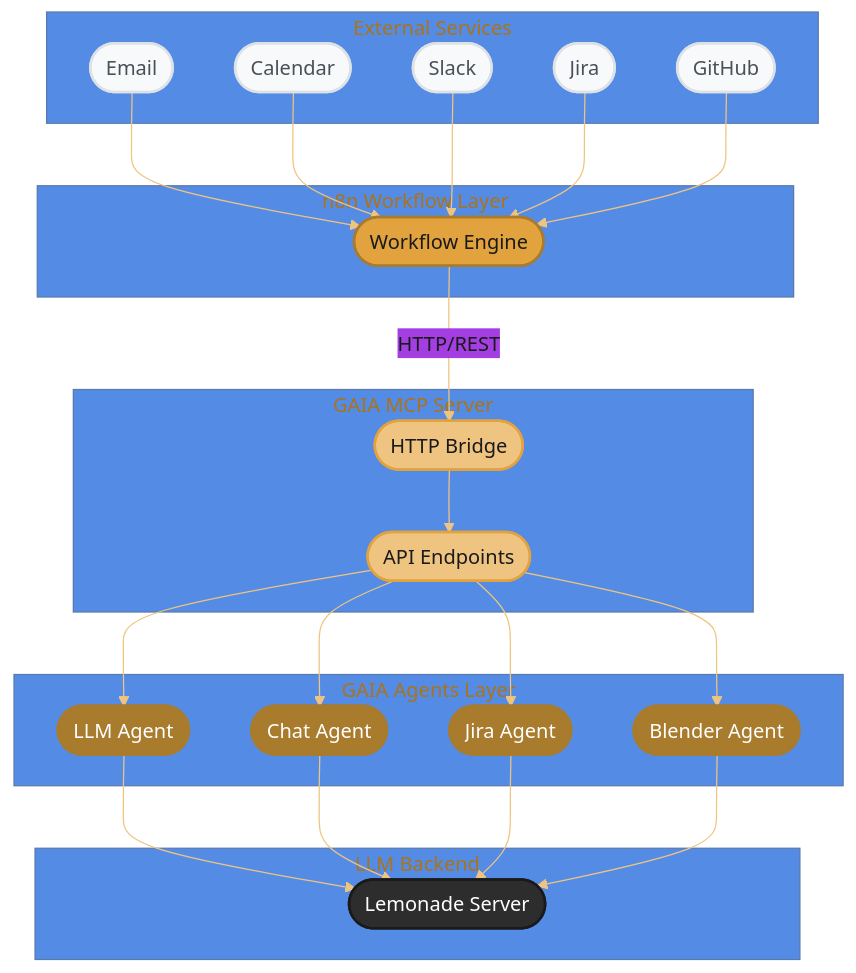
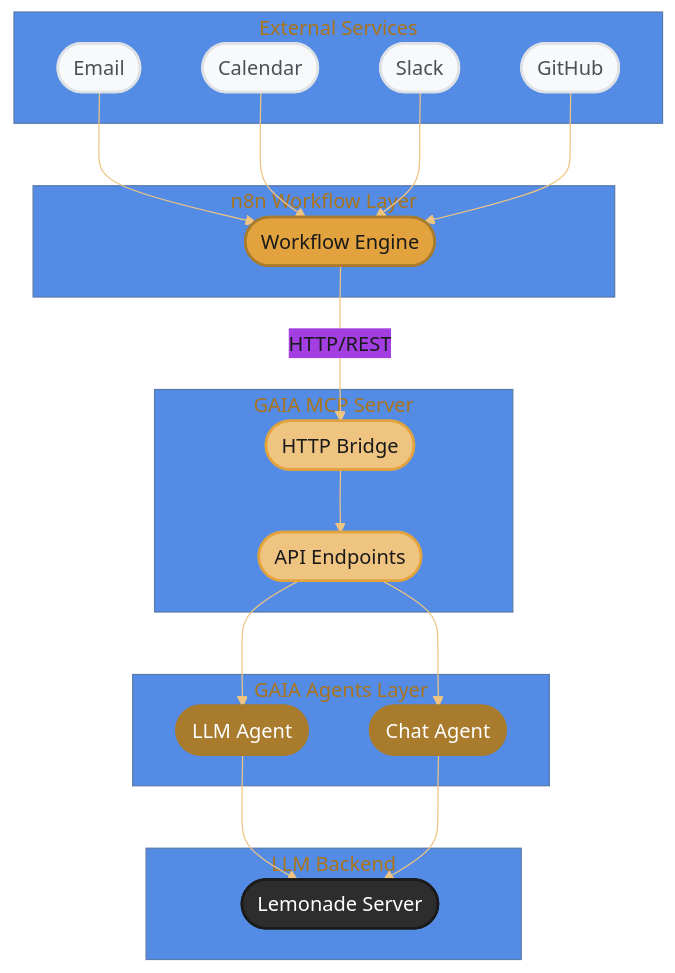
Before and after one commit to amd/gaia: the diagram in docs/integrations/n8n.mdx, drawn with Mermaid. The commit also changed other lines of this file and 383 other files, not shown here.

````diff
--- a/docs/integrations/n8n.mdx
+++ b/docs/integrations/n8n.mdx
@@ -23,67 +23,56 @@
 ```mermaid
 %%{init: {'theme':'base', 'themeVariables': { 'primaryColor':'#E2A33E', 'primaryTextColor':'#1a1a1a', 'primaryBorderColor':'#A87B2D', 'lineColor':'#EFC480', 'fontFamily': 'system-ui, -apple-system, sans-serif'}}}%%
 graph TB
     subgraph External["External Services"]
         Email(["Email"])
         Calendar(["Calendar"])
         Slack(["Slack"])
-        Jira(["Jira"])
         GitHub(["GitHub"])
     end
 
     subgraph N8N["n8n Workflow Layer"]
         Workflow(["Workflow Engine"])
     end
 
     subgraph MCP_Server["GAIA MCP Server"]
         MCP(["HTTP Bridge"])
         Endpoints(["API Endpoints"])
     end
 
     subgraph Agents["GAIA Agents Layer"]
         LLM(["LLM Agent"])
         Chat(["Chat Agent"])
-        JiraAgent(["Jira Agent"])
-        Blender(["Blender Agent"])
     end
 
     subgraph Backend["LLM Backend"]
         Lemonade(["Lemonade Server"])
     end
 
     Email --> Workflow
     Calendar --> Workflow
     Slack --> Workflow
-    Jira --> Workflow
     GitHub --> Workflow
 
     Workflow -->|"HTTP/REST"| MCP
     MCP --> Endpoints
     Endpoints --> LLM
     Endpoints --> Chat
-    Endpoints --> JiraAgent
-    Endpoints --> Blender
 
     LLM --> Lemonade
     Chat --> Lemonade
-    JiraAgent --> Lemonade
-    Blender --> Lemonade
 
     style Email fill:#f8f9fa,stroke:#dee2e6,stroke-width:2px,color:#495057
     style Calendar fill:#f8f9fa,stroke:#dee2e6,stroke-width:2px,color:#495057
     style Slack fill:#f8f9fa,stroke:#dee2e6,stroke-width:2px,color:#495057
-    style Jira fill:#f8f9fa,stroke:#dee2e6,stroke-width:2px,color:#495057
     style GitHub fill:#f8f9fa,stroke:#dee2e6,stroke-width:2px,color:#495057
 
     style Workflow fill:#E2A33E,stroke:#A87B2D,stroke-width:2px,color:#1a1a1a
 
     style MCP fill:#EFC480,stroke:#E2A33E,stroke-width:2px,color:#1a1a1a
     style Endpoints fill:#EFC480,stroke:#E2A33E,stroke-width:2px,color:#1a1a1a
 
     style LLM fill:#A87B2D,stroke:#A87B2D,stroke-width:2px,color:#fff
     style Chat fill:#A87B2D,stroke:#A87B2D,stroke-width:2px,color:#fff
-    style JiraAgent fill:#A87B2D,stroke:#A87B2D,stroke-width:2px,color:#fff
-    style Blender fill:#A87B2D,stroke:#A87B2D,stroke-width:2px,color:#fff
 
     style Lemonade fill:#2d2d2d,stroke:#1a1a1a,stroke-width:2px,color:#fff
 ```
````
